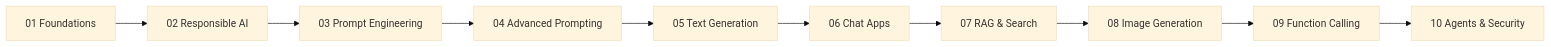
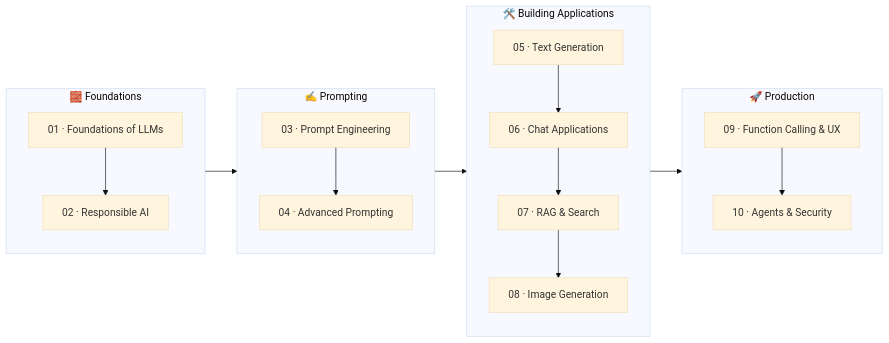
One commit to panteamkhh/llm-engineering-lab changed the diagram in README.md. Above: the diagram before and after it, drawn with Mermaid (base theme). The commit also changed other lines of this file, not shown here.

Commit message:
docs: restructure learning path into four clear phases

````diff
--- a/README.md
+++ b/README.md
@@ -70,12 +72,27 @@
 ```mermaid
 flowchart LR
-    A[01 Foundations] --> B[02 Responsible AI]
-    B --> C[03 Prompt Engineering]
-    C --> D[04 Advanced Prompting]
-    D --> E[05 Text Generation]
-    E --> F[06 Chat Apps]
-    F --> G[07 RAG & Search]
-    G --> H[08 Image Generation]
-    H --> I[09 Function Calling]
-    I --> J[10 Agents & Security]
+    subgraph P1["🧱 Foundations"]
+        direction TB
+        A1["01 · Foundations of LLMs"] --> A2["02 · Responsible AI"]
+    end
+
+    subgraph P2["✍️ Prompting"]
+        direction TB
+        B1["03 · Prompt Engineering"] --> B2["04 · Advanced Prompting"]
+    end
+
+    subgraph P3["🛠️ Building Applications"]
+        direction TB
+        C1["05 · Text Generation"] --> C2["06 · Chat Applications"]
+        C2 --> C3["07 · RAG & Search"] --> C4["08 · Image Generation"]
+    end
+
+    subgraph P4["🚀 Production"]
+        direction TB
+        D1["09 · Function Calling & UX"] --> D2["10 · Agents & Security"]
+    end
+
+    A2 --> B1
+    B2 --> C1
+    C4 --> D1
 ```
````
